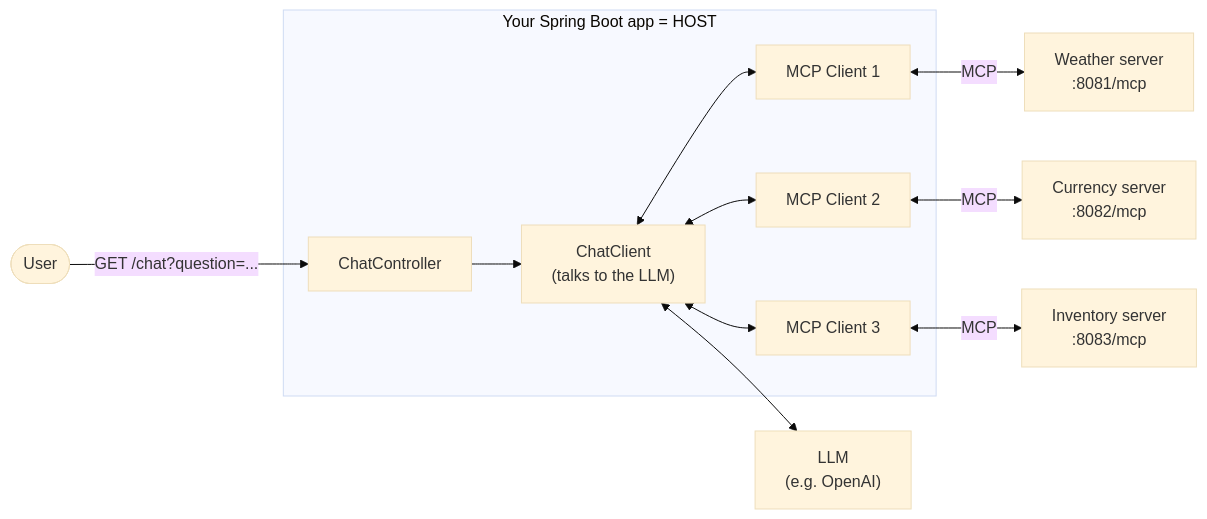
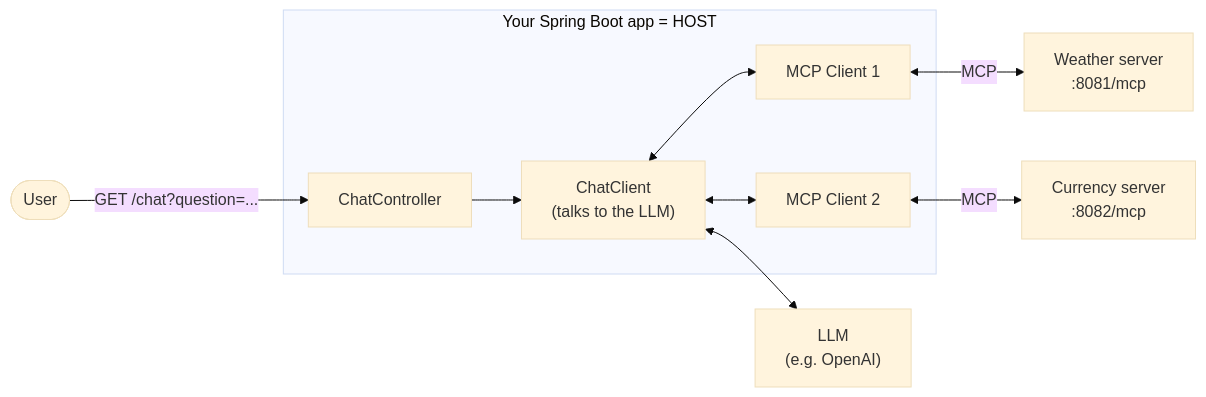
The second of 4 diagrams in mcp/docs/mcp-clients.md (dilipsundarraj1/spring-ai), drawn with Mermaid (base theme) before and after one commit. The commit also changed other lines of this file, not shown here.

Commit message:
remove redundant sections from mcp-clients.md; streamline content for clarity

````diff
--- a/mcp/docs/mcp-clients.md
+++ b/mcp/docs/mcp-clients.md
@@ -79,23 +78,20 @@
 ```mermaid
 flowchart LR
     User(["User"]) -- "GET /chat?question=..." --> Ctrl
 
     subgraph HostApp["Your Spring Boot app  =  HOST"]
         Ctrl["ChatController"]
         CC["ChatClient<br/>(talks to the LLM)"]
         MC1["MCP Client 1"]
         MC2["MCP Client 2"]
-        MC3["MCP Client 3"]
         Ctrl --> CC
         CC <--> MC1
         CC <--> MC2
-        CC <--> MC3
     end
 
     LLM["LLM<br/>(e.g. OpenAI)"]
     CC <--> LLM
 
     MC1 <-- MCP --> W["Weather server<br/>:8081/mcp"]
     MC2 <-- MCP --> X["Currency server<br/>:8082/mcp"]
-    MC3 <-- MCP --> I["Inventory server<br/>:8083/mcp"]
 ```
````
